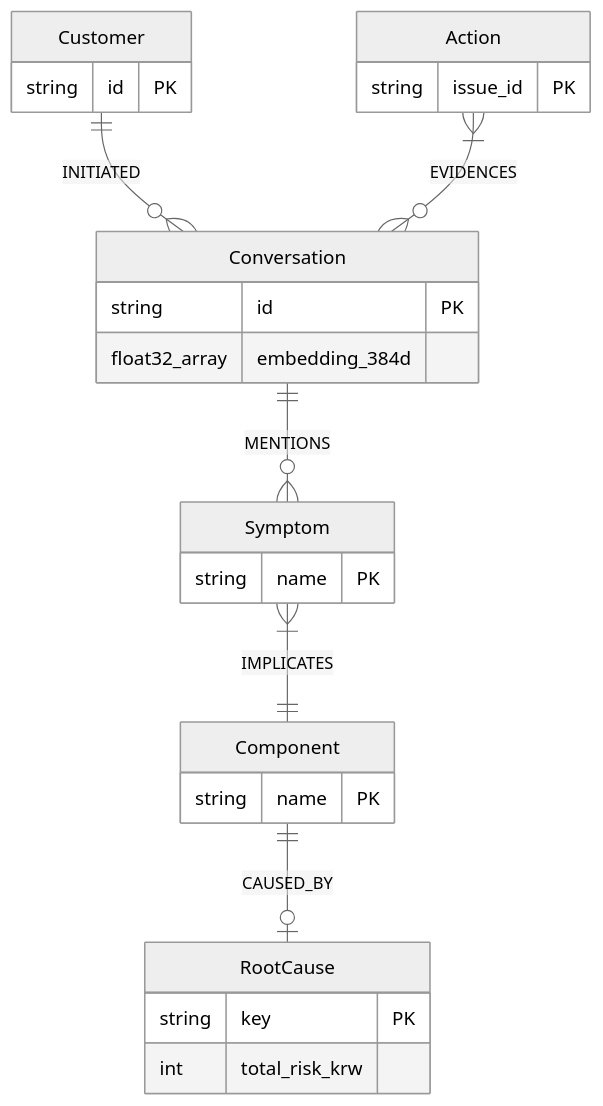
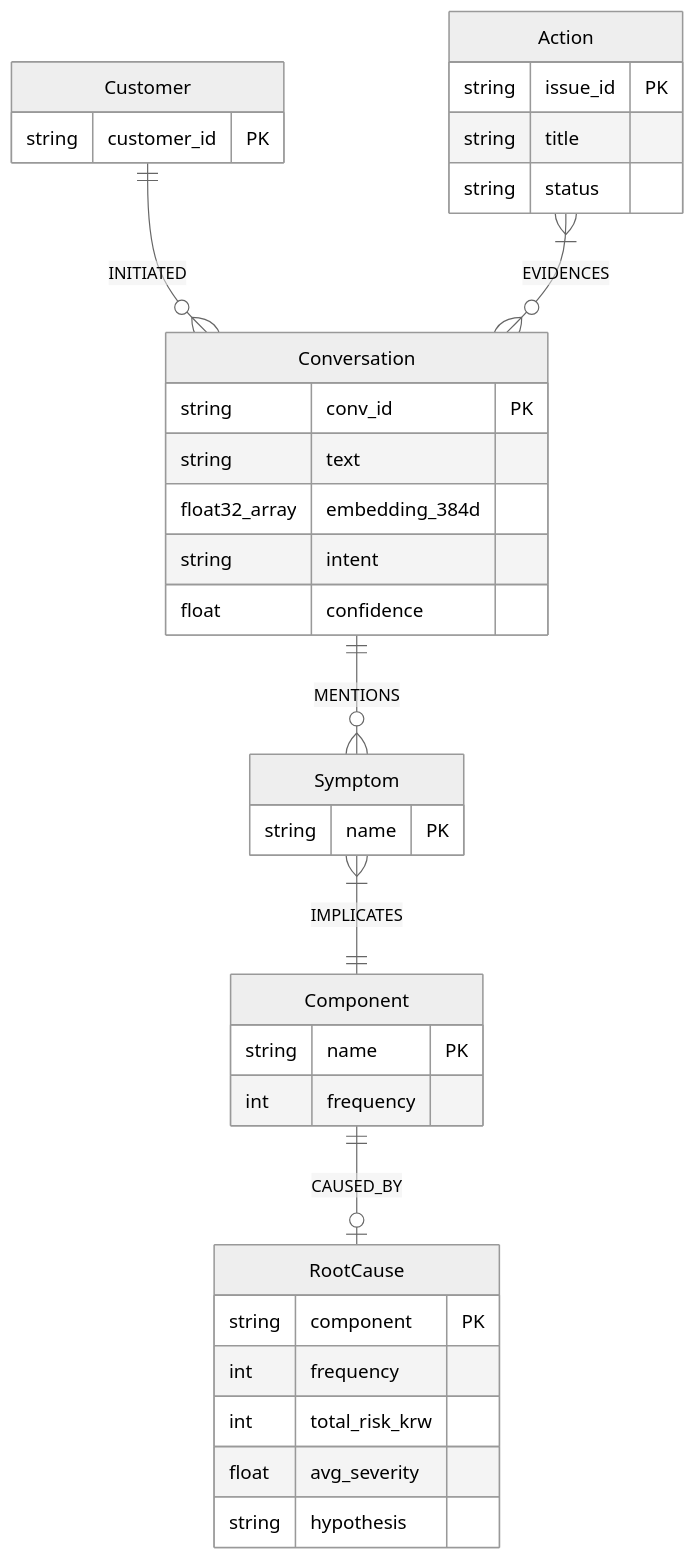
The third of 4 diagrams in README.md (kanziman/channel-voc-demo), drawn with Mermaid (neutral theme) before and after one commit. The commit also changed other lines of this file, not shown here.

Commit message:
docs(readme): restore full diagram text details with compact horizontal rendering layout

````diff
--- a/README.md
+++ b/README.md
@@ -131,29 +131,38 @@
 ```mermaid
 erDiagram
     Customer ||--o{ Conversation : INITIATED
     Conversation ||--o{ Symptom : MENTIONS
     Symptom }|--|| Component : IMPLICATES
     Component ||--o| RootCause : CAUSED_BY
     Action }|--o{ Conversation : EVIDENCES
 
     Customer {
-        string id PK
+        string customer_id PK
     }
     Conversation {
-        string id PK
+        string conv_id PK
+        string text
         float32_array embedding_384d
+        string intent
+        float confidence
     }
     Symptom {
         string name PK
     }
     Component {
         string name PK
+        int frequency
     }
     RootCause {
-        string key PK
+        string component PK
+        int frequency
         int total_risk_krw
+        float avg_severity
+        string hypothesis
     }
     Action {
         string issue_id PK
+        string title
+        string status
     }
 ```
````
